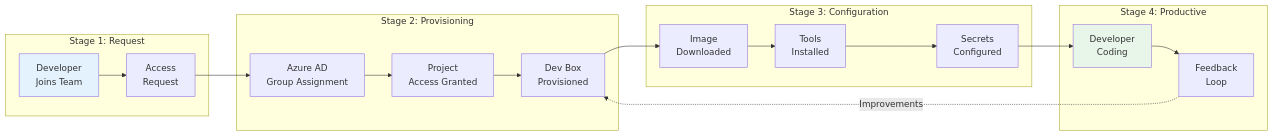
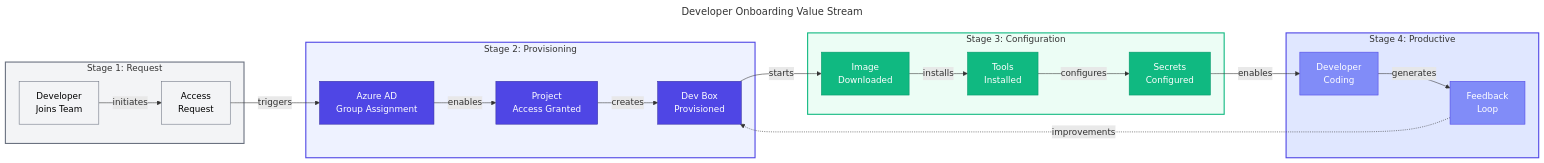
The fourth of 6 diagrams in docs/architecture/01-business-architecture.md (Evilazaro/DevExp-DevBox), drawn with Mermaid before and after one commit. The commit also changed other lines of this file, not shown here.

Commit message:
Enhance Business Architecture documentation with detailed mermaid diagrams for Target Audience, Stakeholder Map, Business Capability Model, Developer Onboarding Value Stream, and Environment Provisioning Lifecycle to improve clarity and navigation.

````diff
--- a/docs/architecture/01-business-architecture.md
+++ b/docs/architecture/01-business-architecture.md
@@ -301,38 +349,61 @@
 ```mermaid
+---
+title: Developer Onboarding Value Stream
+---
 graph LR
-    subgraph "Stage 1: Request"
-        A1[Developer<br/>Joins Team]
-        A2[Access<br/>Request]
+    %% ===== STAGE 1: REQUEST =====
+    subgraph stage1["Stage 1: Request"]
+        A1["Developer<br/>Joins Team"]
+        A2["Access<br/>Request"]
     end
     
-    subgraph "Stage 2: Provisioning"
-        B1[Azure AD<br/>Group Assignment]
-        B2[Project<br/>Access Granted]
-        B3[Dev Box<br/>Provisioned]
+    %% ===== STAGE 2: PROVISIONING =====
+    subgraph stage2["Stage 2: Provisioning"]
+        B1["Azure AD<br/>Group Assignment"]
+        B2["Project<br/>Access Granted"]
+        B3["Dev Box<br/>Provisioned"]
     end
     
-    subgraph "Stage 3: Configuration"
-        C1[Image<br/>Downloaded]
-        C2[Tools<br/>Installed]
-        C3[Secrets<br/>Configured]
+    %% ===== STAGE 3: CONFIGURATION =====
+    subgraph stage3["Stage 3: Configuration"]
+        C1["Image<br/>Downloaded"]
+        C2["Tools<br/>Installed"]
+        C3["Secrets<br/>Configured"]
     end
     
-    subgraph "Stage 4: Productive"
-        D1[Developer<br/>Coding]
-        D2[Feedback<br/>Loop]
+    %% ===== STAGE 4: PRODUCTIVE =====
+    subgraph stage4["Stage 4: Productive"]
+        D1["Developer<br/>Coding"]
+        D2["Feedback<br/>Loop"]
     end
     
-    A1 --> A2
-    A2 --> B1
-    B1 --> B2
-    B2 --> B3
-    B3 --> C1
-    C1 --> C2
-    C2 --> C3
-    C3 --> D1
-    D1 --> D2
-    D2 -.->|Improvements| B3
+    %% ===== FLOW CONNECTIONS =====
+    A1 -->|initiates| A2
+    A2 -->|triggers| B1
+    B1 -->|enables| B2
+    B2 -->|creates| B3
+    B3 -->|starts| C1
+    C1 -->|installs| C2
+    C2 -->|configures| C3
+    C3 -->|enables| D1
+    D1 -->|generates| D2
+    D2 -.->|improvements| B3
     
-    style A1 fill:#E3F2FD
-    style D1 fill:#E8F5E9
+    %% ===== CLASS DEFINITIONS =====
+    classDef trigger fill:#818CF8,stroke:#4F46E5,color:#FFFFFF
+    classDef primary fill:#4F46E5,stroke:#3730A3,color:#FFFFFF
+    classDef secondary fill:#10B981,stroke:#059669,color:#FFFFFF
+    classDef input fill:#F3F4F6,stroke:#6B7280,color:#000000
+    
+    %% ===== CLASS ASSIGNMENTS =====
+    class A1,A2 input
+    class B1,B2,B3 primary
+    class C1,C2,C3 secondary
+    class D1,D2 trigger
+    
+    %% ===== SUBGRAPH STYLES =====
+    style stage1 fill:#F3F4F6,stroke:#6B7280,stroke-width:2px
+    style stage2 fill:#EEF2FF,stroke:#4F46E5,stroke-width:2px
+    style stage3 fill:#ECFDF5,stroke:#10B981,stroke-width:2px
+    style stage4 fill:#E0E7FF,stroke:#4F46E5,stroke-width:2px
 ```
````
